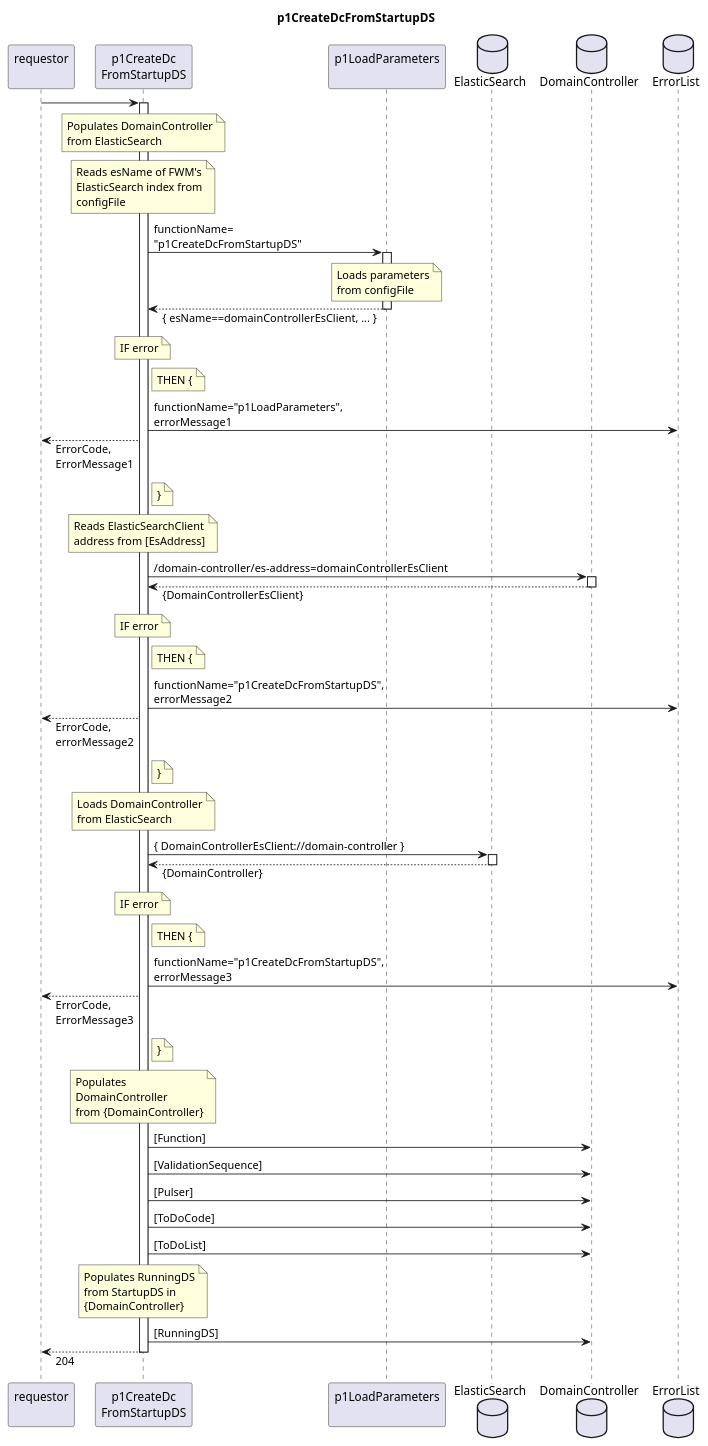
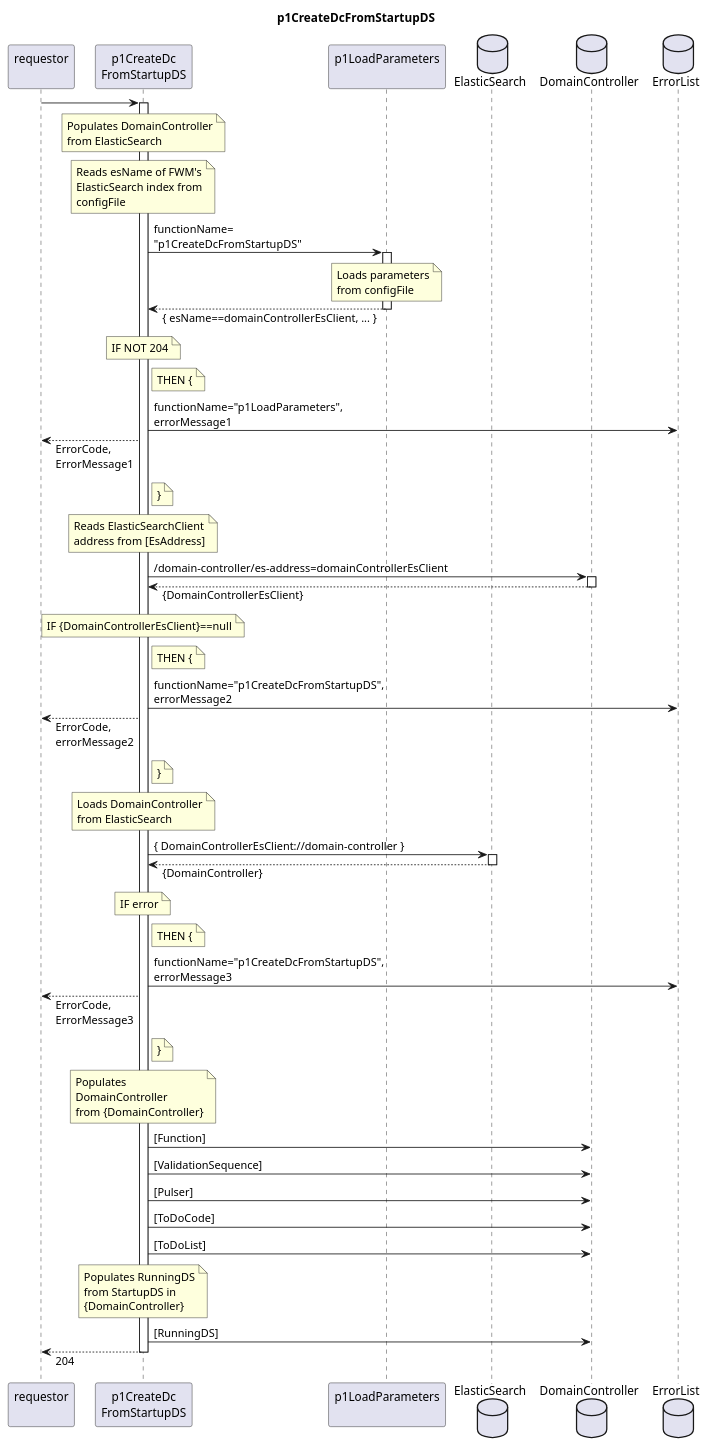
One commit to openBackhaul/FirmWareManager changed the diagram in spec/Functions/Administrative/p1CreateDcFromStartupDS/1.0.0/p1CreateDcFromStartupDS.plantuml. Above: the diagram before and after it, drawn with PlantUML. The commit also changed 8 other files, not shown here.

```diff
--- a/spec/Functions/Administrative/p1CreateDcFromStartupDS/1.0.0/p1CreateDcFromStartupDS.plantuml
+++ b/spec/Functions/Administrative/p1CreateDcFromStartupDS/1.0.0/p1CreateDcFromStartupDS.plantuml
@@ -1,109 +1,109 @@
 @startuml p1CreateDcFromStartupDS
 skinparam responseMessageBelowArrow true
 
 title
   p1CreateDcFromStartupDS
 end title
 
 participant "requestor\n" as requestor
 participant "p1CreateDc\nFromStartupDS" as p1CDCFS
 participant "p1LoadParameters\n" as p1LP
 
 database "ElasticSearch" as StartDS
 database "DomainController" as DC
 database "ErrorList" as hEL
 
 requestor -> p1CDCFS
 activate p1CDCFS
   note over p1CDCFS
     Populates DomainController
     from ElasticSearch
   end note
 
   note over p1CDCFS
     Reads esName of FWM's
     ElasticSearch index from
     configFile
   end note
   p1CDCFS -> p1LP: functionName=\n"p1CreateDcFromStartupDS"
   activate p1LP
     note over p1LP
       Loads parameters
       from configFile
     end note
   p1CDCFS <-- p1LP : { esName==domainControllerEsClient, ... }
   deactivate p1LP
   note over p1CDCFS
-    IF error
+    IF NOT 204
   end note
   note right p1CDCFS
     THEN {
   end note
   p1CDCFS -> hEL: functionName="p1LoadParameters",\nerrorMessage1
   requestor <-- p1CDCFS: ErrorCode,\nErrorMessage1
   note right p1CDCFS
     }
   end note
 
   note over p1CDCFS
     Reads ElasticSearchClient
     address from [EsAddress]
   end note
   p1CDCFS -> DC: /domain-controller/es-address=domainControllerEsClient
   activate DC
   p1CDCFS <-- DC: {DomainControllerEsClient}
   deactivate DC
   note over p1CDCFS
-    IF error
+    IF {DomainControllerEsClient}==null
   end note
   note right p1CDCFS
     THEN {
   end note
   p1CDCFS -> hEL: functionName="p1CreateDcFromStartupDS",\nerrorMessage2
   requestor <-- p1CDCFS: ErrorCode,\nerrorMessage2
   note right p1CDCFS
     }
   end note
 
   note over p1CDCFS
     Loads DomainController
     from ElasticSearch
   end note
   p1CDCFS -> StartDS: { DomainControllerEsClient://domain-controller }
   activate StartDS
   p1CDCFS <-- StartDS: {DomainController}
   deactivate StartDS
   note over p1CDCFS
     IF error
   end note
   note right p1CDCFS
     THEN {
   end note
   p1CDCFS -> hEL: functionName="p1CreateDcFromStartupDS",\nerrorMessage3
   requestor <-- p1CDCFS: ErrorCode,\nErrorMessage3
   note right p1CDCFS
     }
   end note
 
   note over p1CDCFS
     Populates
     DomainController
     from {DomainController}
   end note
   p1CDCFS -> DC: [Function]
   p1CDCFS -> DC: [ValidationSequence]
   p1CDCFS -> DC: [Pulser]
   p1CDCFS -> DC: [ToDoCode]
   p1CDCFS -> DC: [ToDoList]
 
   note over p1CDCFS
     Populates RunningDS
     from StartupDS in
     {DomainController}
   end note
   p1CDCFS -> DC: [RunningDS]
 
 requestor <-- p1CDCFS: 204
 deactivate p1CDCFS
 
 @enduml
```
